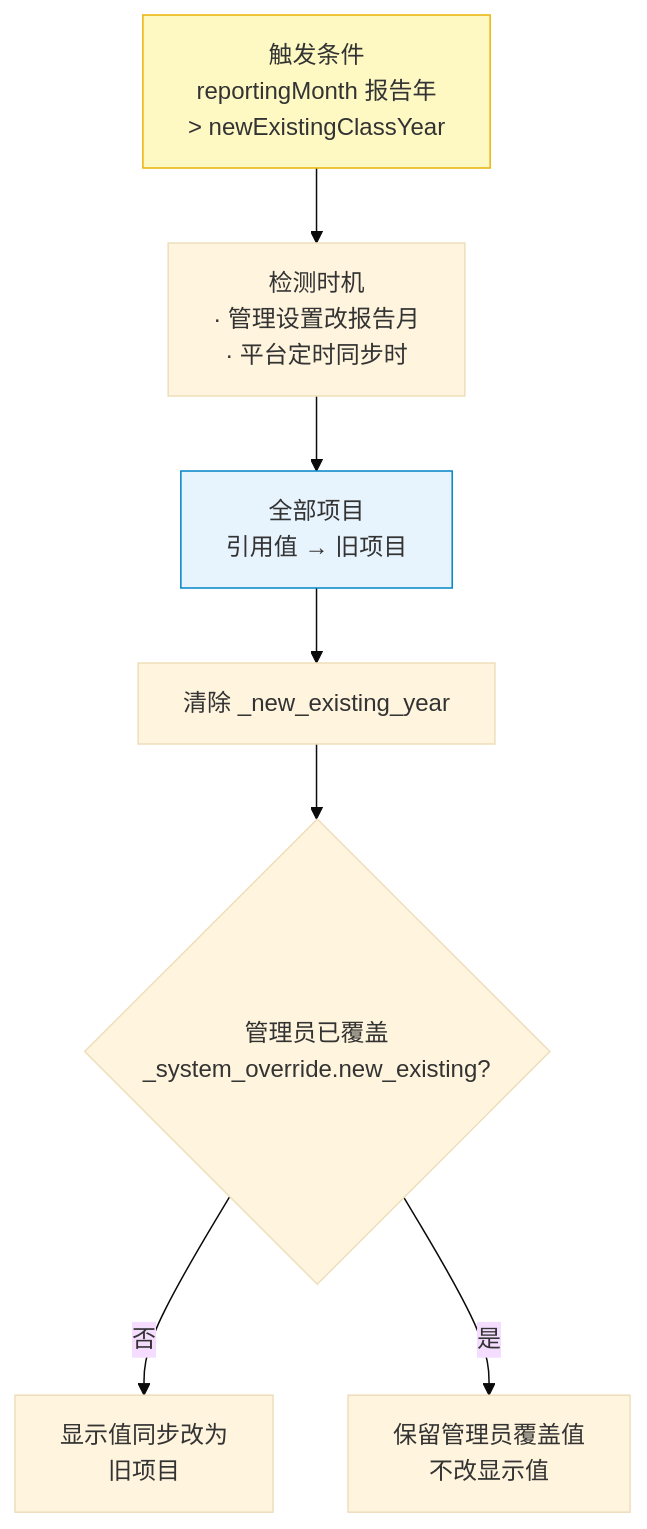
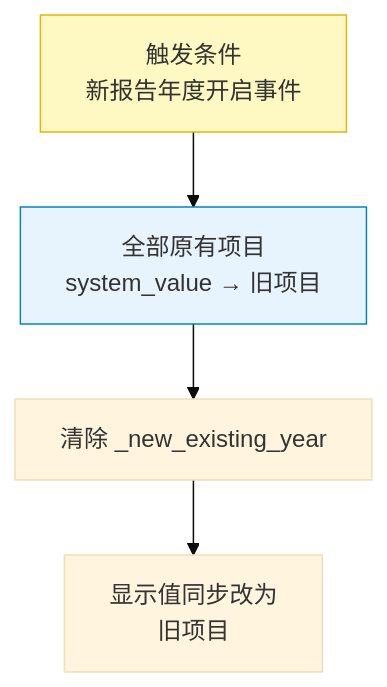
Diagram 15 of 15 in docs/需求文档/需求文档_开发版.md (marcelxu0272/202605_project-tracking-table), drawn with Mermaid (base theme) before and after one commit. The commit also changed other lines of this file and 20 other files, not shown here.

````diff
--- a/docs/需求文档/需求文档_开发版.md
+++ b/docs/需求文档/需求文档_开发版.md
@@ -2199,12 +2220,9 @@
 ```mermaid
 flowchart TD
-    TRIGGER["触发条件<br/>reportingMonth 报告年<br/>> newExistingClassYear"] --> CHECK["检测时机<br/>· 管理设置改报告月<br/>· 平台定时同步时"]
-    CHECK --> ACTION["全部项目<br/>引用值 → 旧项目"]
+    TRIGGER["触发条件<br/>新报告年度开启事件"] --> ACTION["全部原有项目<br/>system_value → 旧项目"]
     ACTION --> CLEAR["清除 _new_existing_year"]
-    CLEAR --> Q{"管理员已覆盖<br/>_system_override.new_existing?"}
-    Q -->|否| SYNC_DISPLAY["显示值同步改为<br/>旧项目"]
-    Q -->|是| KEEP["保留管理员覆盖值<br/>不改显示值"]
+    CLEAR --> SYNC_DISPLAY["显示值同步改为<br/>旧项目"]
 
     style TRIGGER fill:#fef9c3,stroke:#eab308
     style ACTION fill:#e8f4fd,stroke:#0284c7
 ```
````
